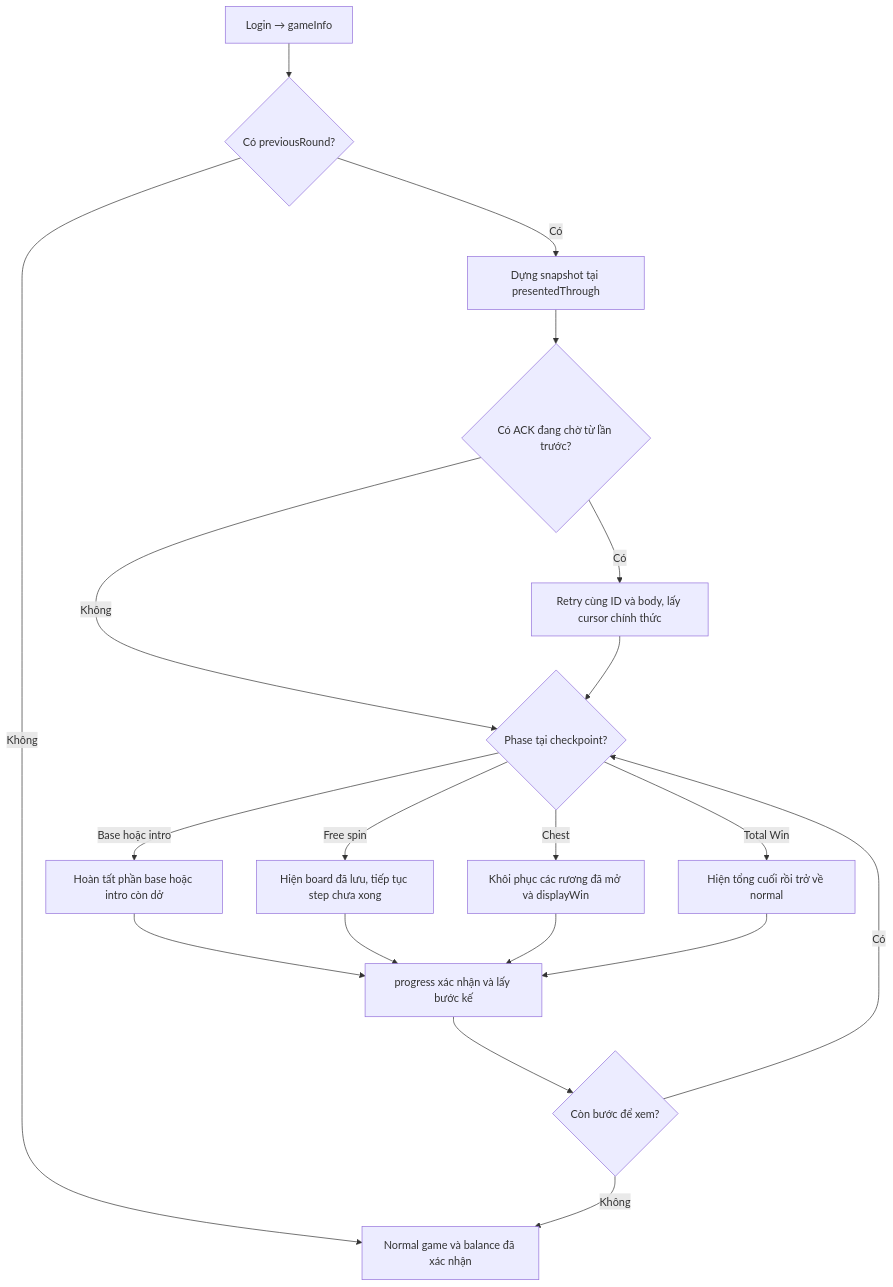
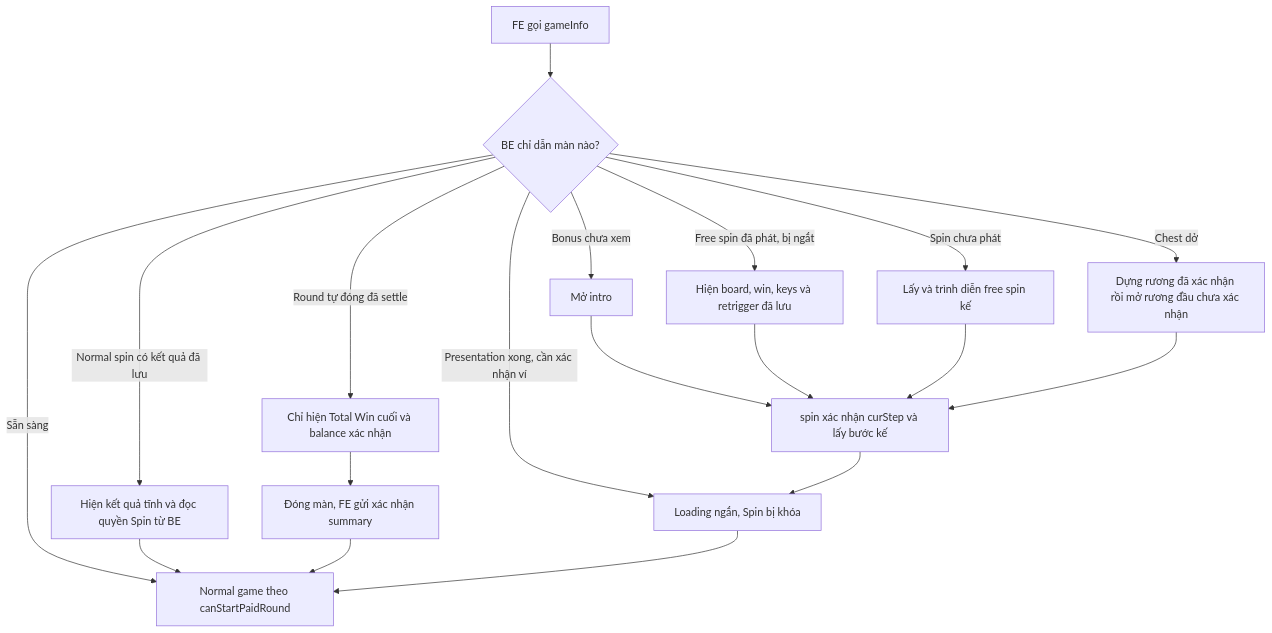
Before and after one commit to phuocthan/TarvernDropTPT: the second of 3 diagrams in docs/game-and-api-flow-krw.md, drawn with Mermaid. The commit also changed other lines of this file and 20 other files, not shown here.

````diff
--- a/docs/game-and-api-flow-krw.md
+++ b/docs/game-and-api-flow-krw.md
@@ -196,21 +255,21 @@
 ```mermaid
 flowchart TD
-    I["Login → gameInfo"] --> Q{"Có previousRound?"}
-    Q -->|Không| N["Normal game và balance đã xác nhận"]
-    Q -->|Có| S["Dựng snapshot tại presentedThrough"]
-    S --> U{"Có ACK đang chờ từ lần trước?"}
-    U -->|Có| A["Retry cùng ID và body, lấy cursor chính thức"]
-    U -->|Không| P{"Phase tại checkpoint?"}
-    A --> P
-    P -->|Base hoặc intro| B["Hoàn tất phần base hoặc intro còn dở"]
-    P -->|Free spin| F["Hiện board đã lưu, tiếp tục step chưa xong"]
-    P -->|Chest| C["Khôi phục các rương đã mở và displayWin"]
-    P -->|Total Win| T["Hiện tổng cuối rồi trở về normal"]
-    B --> K["progress xác nhận và lấy bước kế"]
-    F --> K
-    C --> K
-    T --> K
-    K --> X{"Còn bước để xem?"}
-    X -->|Có| P
-    X -->|Không| N
+    I["FE gọi gameInfo"] --> P{"BE chỉ dẫn màn nào?"}
+    P -->|Sẵn sàng| N["Normal game theo canStartPaidRound"]
+    P -->|Bonus chưa xem| B["Mở intro"]
+    P -->|Normal spin có kết quả đã lưu| M["Hiện kết quả tĩnh và đọc quyền Spin từ BE"]
+    P -->|Free spin đã phát, bị ngắt| R["Hiện board, win, keys và retrigger đã lưu"]
+    P -->|Spin chưa phát| F["Lấy và trình diễn free spin kế"]
+    P -->|Chest dở| C["Dựng rương đã xác nhận rồi mở rương đầu chưa xác nhận"]
+    P -->|Presentation xong, cần xác nhận ví| W["Loading ngắn, Spin bị khóa"]
+    P -->|Round tự đóng đã settle| S["Chỉ hiện Total Win cuối và balance xác nhận"]
+    M --> N
+    B --> A["spin xác nhận curStep và lấy bước kế"]
+    R --> A
+    F --> A
+    C --> A
+    S --> D["Đóng màn, FE gửi xác nhận summary"]
+    D --> N
+    A --> W
+    W --> N
 ```
````
